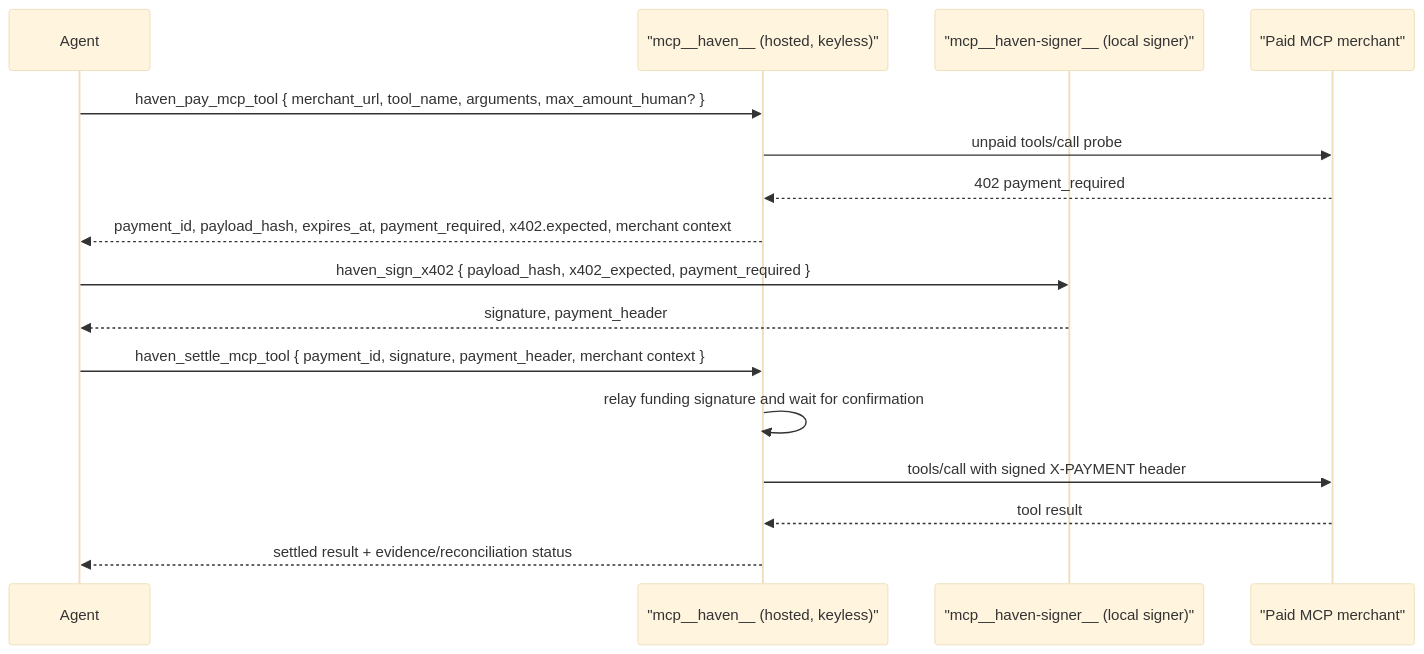
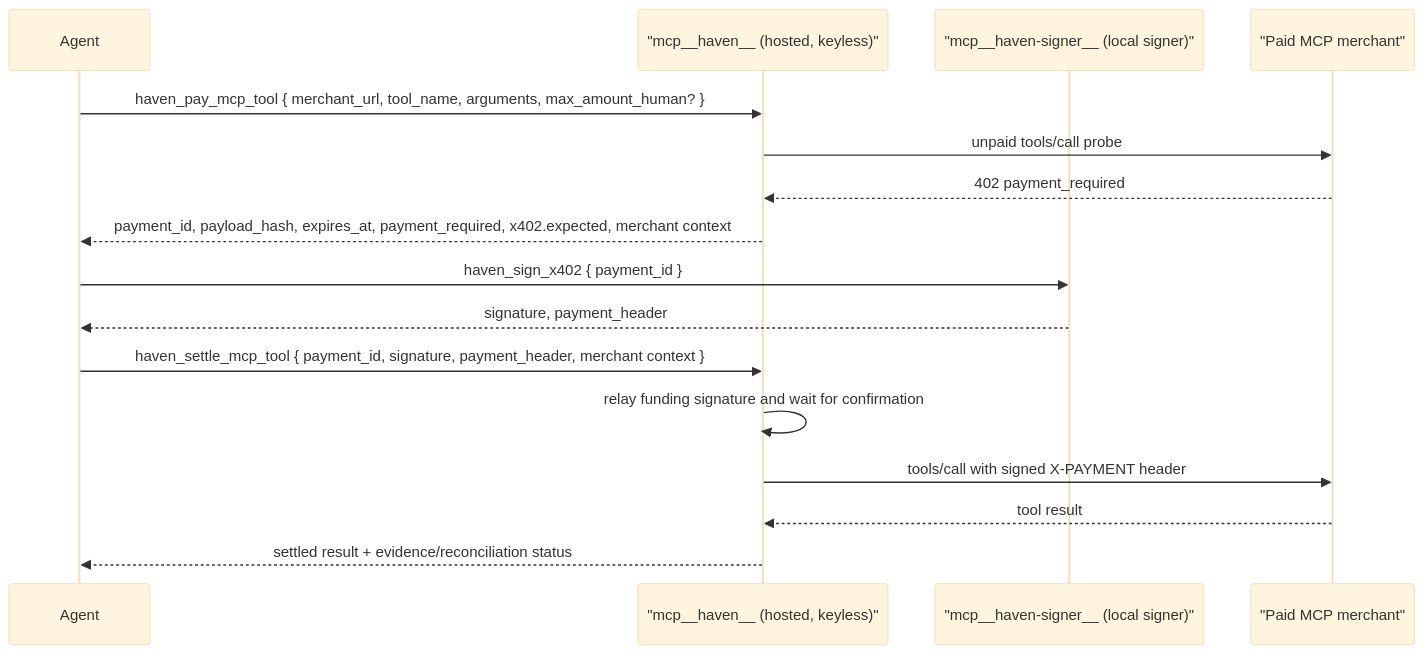
The diagram in packages/mcp-server/README.md (d-hinders/Haven-AI), drawn with Mermaid (base theme) before and after one commit. The commit also changed 10 other files, not shown here.

````diff
--- a/packages/mcp-server/README.md
+++ b/packages/mcp-server/README.md
@@ -73,19 +73,19 @@
 ```mermaid
 sequenceDiagram
     participant Agent
     participant Hosted as "mcp__haven__ (hosted, keyless)"
     participant Signer as "mcp__haven-signer__ (local signer)"
     participant Merchant as "Paid MCP merchant"
 
     Agent->>Hosted: haven_pay_mcp_tool { merchant_url, tool_name, arguments, max_amount_human? }
     Hosted->>Merchant: unpaid tools/call probe
     Merchant-->>Hosted: 402 payment_required
     Hosted-->>Agent: payment_id, payload_hash, expires_at, payment_required, x402.expected, merchant context
-    Agent->>Signer: haven_sign_x402 { payload_hash, x402_expected, payment_required }
+    Agent->>Signer: haven_sign_x402 { payment_id }
     Signer-->>Agent: signature, payment_header
     Agent->>Hosted: haven_settle_mcp_tool { payment_id, signature, payment_header, merchant context }
     Hosted->>Hosted: relay funding signature and wait for confirmation
     Hosted->>Merchant: tools/call with signed X-PAYMENT header
     Merchant-->>Hosted: tool result
     Hosted-->>Agent: settled result + evidence/reconciliation status
 ```
````
